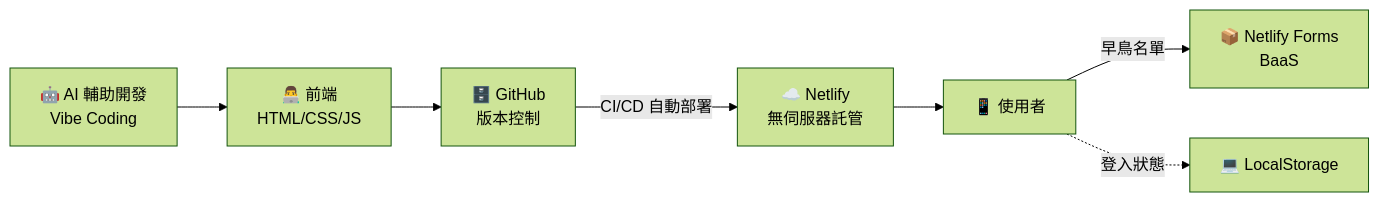
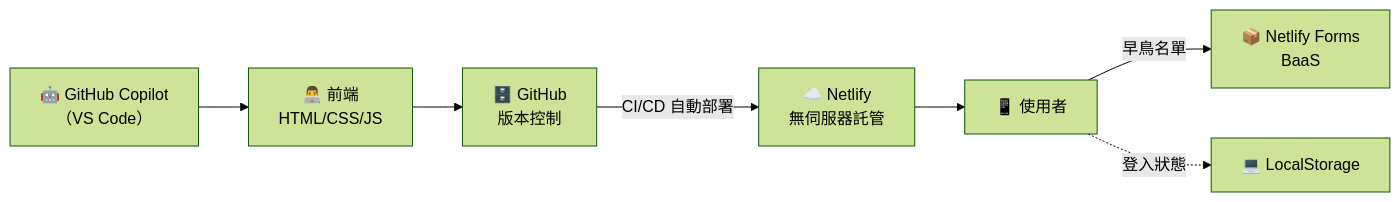
The diagram in docs/pitch_template.md (cychiang-ntpu/VibeNTPU), drawn with Mermaid (forest theme) before and after one commit. The commit also changed other lines of this file and 37 other files, not shown here.

First line of the commit message:
Switch workflow to VS Code + GitHub Copilot; add social-media SaaS architecture

````diff
--- a/docs/pitch_template.md
+++ b/docs/pitch_template.md
@@ -33,9 +33,9 @@
 ```mermaid
 flowchart LR
-    AI["🤖 AI 輔助開發<br/>Vibe Coding"] --> F["👨‍💻 前端<br/>HTML/CSS/JS"]
+    AI["🤖 GitHub Copilot<br/>（VS Code）"] --> F["👨‍💻 前端<br/>HTML/CSS/JS"]
     F --> G["🗄️ GitHub<br/>版本控制"]
     G -- "CI/CD 自動部署" --> N["☁️ Netlify<br/>無伺服器託管"]
     N --> U["📱 使用者"]
     U -- "早鳥名單" --> B["📦 Netlify Forms<br/>BaaS"]
     U -. "登入狀態" .-> L["💻 LocalStorage"]
 ```
````
